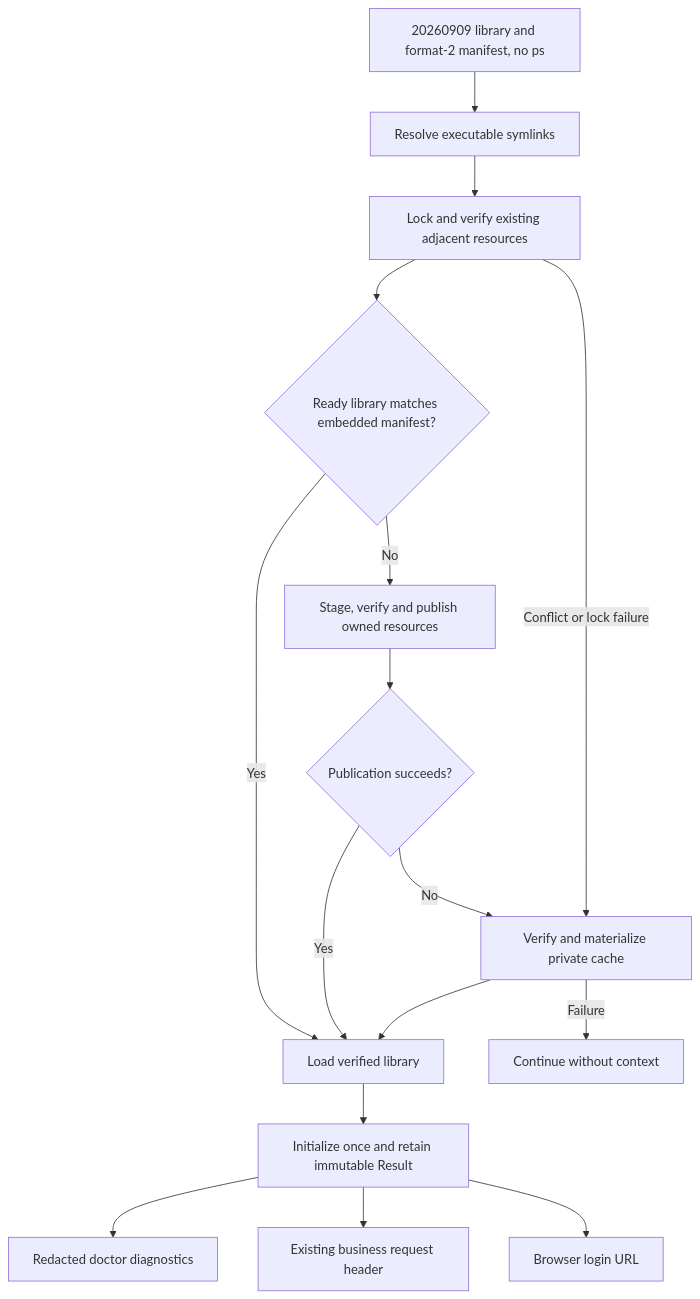
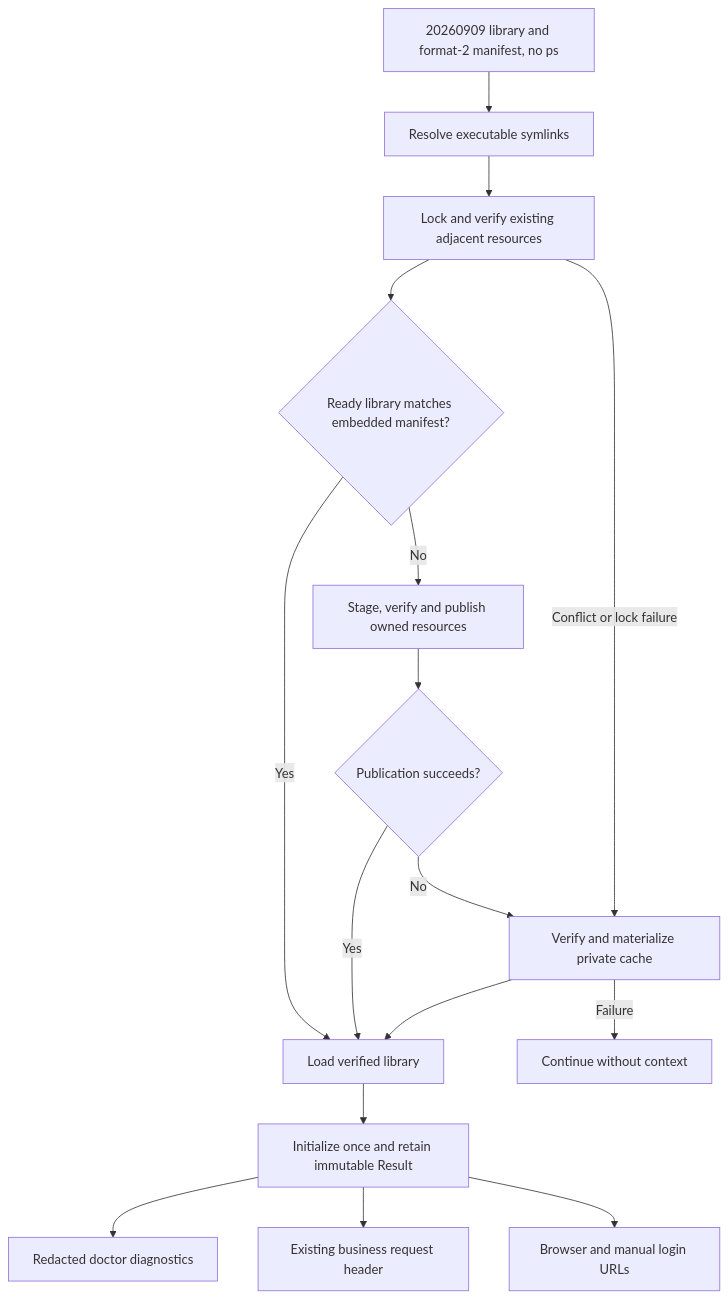
The diagram in docs/runtime-context.md (DingTalk-Real-AI/dingtalk-workspace-cli), drawn with Mermaid before and after one commit. The commit also changed other lines of this file and 5 other files, not shown here.

Commit message:
Include runtime context in manual login links

````diff
--- a/docs/runtime-context.md
+++ b/docs/runtime-context.md
@@ -54,18 +54,18 @@
 ```mermaid
 flowchart TD
     A[20260909 library and format-2 manifest, no ps] --> B[Resolve executable symlinks]
     B --> C[Lock and verify existing adjacent resources]
     C --> L{Ready library matches embedded manifest?}
     L -- Yes --> F[Load verified library]
     L -- No --> M[Stage, verify and publish owned resources]
     M --> D{Publication succeeds?}
     C -- Conflict or lock failure --> E[Verify and materialize private cache]
     D -- Yes --> F
     D -- No --> E[Verify and materialize private cache]
     E --> F
     E -- Failure --> G[Continue without context]
     F --> H[Initialize once and retain immutable Result]
     H --> I[Redacted doctor diagnostics]
     H --> J[Existing business request header]
-    H --> K[Browser login URL]
+    H --> K[Browser and manual login URLs]
 ```
````
